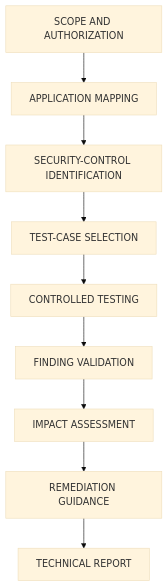
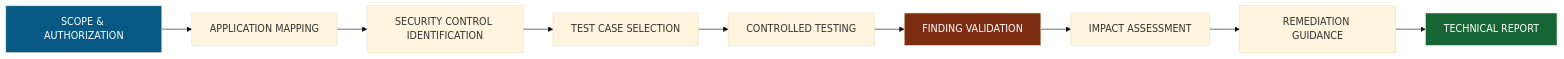
One commit to GhostMaskR/Web-Application-Basics changed the fifth of 5 diagrams in README.md. Above: the diagram before and after it, drawn with Mermaid (base theme). The commit also changed other lines of this file, not shown here.

````diff
--- a/README.md
+++ b/README.md
@@ -1029,11 +889,15 @@
 ```mermaid
-flowchart TD
-    A["SCOPE AND AUTHORIZATION"] --> B["APPLICATION MAPPING"]
-    B --> C["SECURITY-CONTROL IDENTIFICATION"]
-    C --> D["TEST-CASE SELECTION"]
-    D --> E["CONTROLLED TESTING"]
-    E --> F["FINDING VALIDATION"]
-    F --> G["IMPACT ASSESSMENT"]
-    G --> H["REMEDIATION GUIDANCE"]
-    H --> I["TECHNICAL REPORT"]
+flowchart LR
+A["SCOPE & AUTHORIZATION"] --> B["APPLICATION MAPPING"]
+B --> C["SECURITY CONTROL IDENTIFICATION"]
+C --> D["TEST CASE SELECTION"]
+D --> E["CONTROLLED TESTING"]
+E --> F["FINDING VALIDATION"]
+F --> G["IMPACT ASSESSMENT"]
+G --> H["REMEDIATION GUIDANCE"]
+H --> I["TECHNICAL REPORT"]
+
+style A fill:#075985,color:#fff
+style F fill:#7c2d12,color:#fff
+style I fill:#166534,color:#fff
 ```
````
